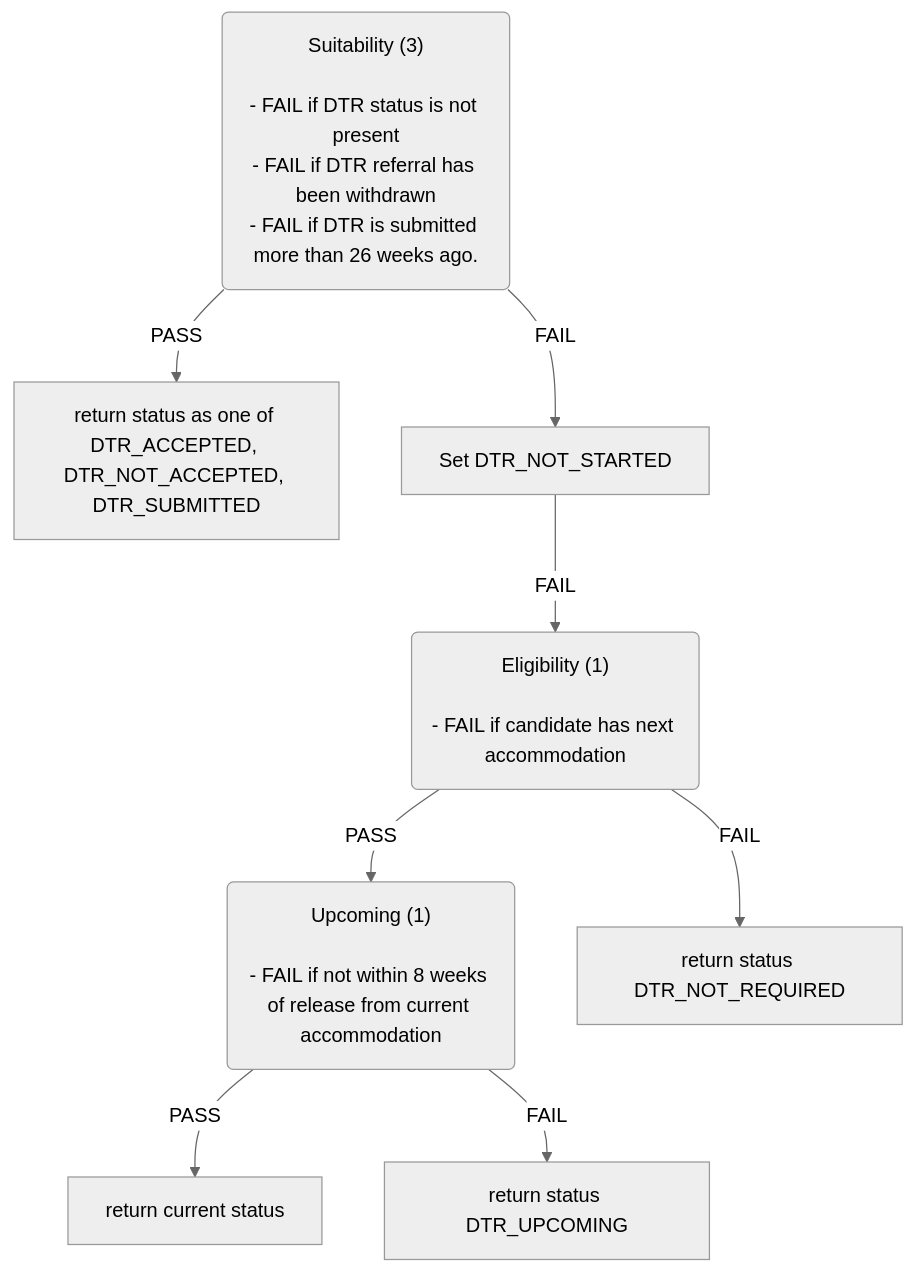
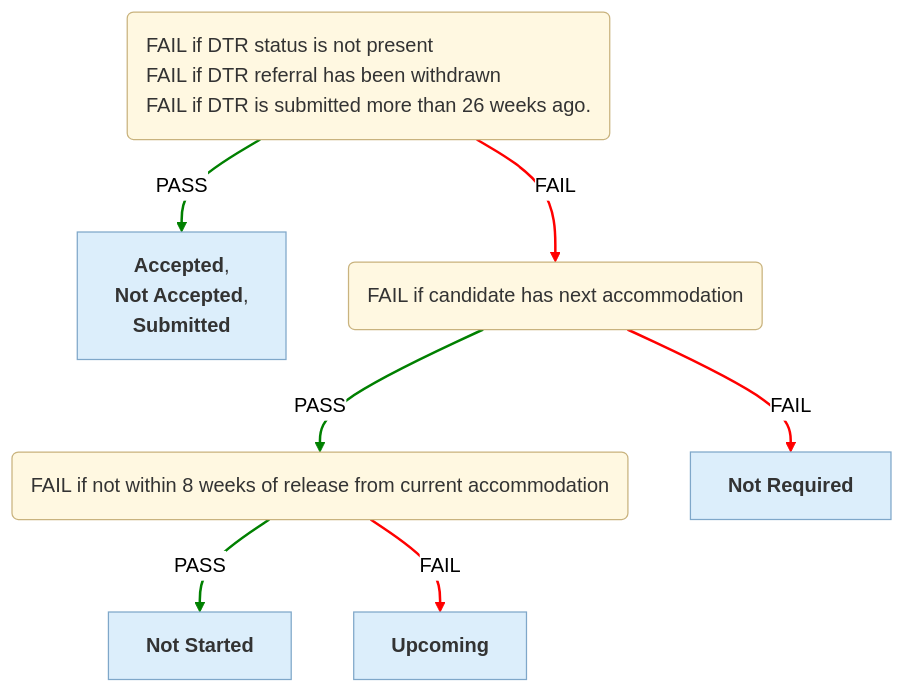
The fifth of 6 diagrams in docs/eligibility-rules-graph.md (ministryofjustice/hmpps-single-accommodation-service-api), drawn with Mermaid (neutral theme) before and after one commit. The commit also changed other lines of this file and 20 other files, not shown here.

Commit message:
chore/SAS-1532-Use-UI-statuses-in-graph-instead-of-enums

````diff
--- a/docs/eligibility-rules-graph.md
+++ b/docs/eligibility-rules-graph.md
@@ -435,26 +495,28 @@
 ```mermaid
+%%{init: {"flowchart": {"wrappingWidth": 800}}}%%
 flowchart TD
-  Suitability("Suitability (3)
-
-- FAIL if DTR status is not present
-- FAIL if DTR referral has been withdrawn
-- FAIL if DTR is submitted more than 26 weeks ago.")
-  return_status_as_one_of_DTR_ACCEPTED__DTR_NOT_ACCEPTED__DTR_SUBMITTED["return status as one of DTR_ACCEPTED, DTR_NOT_ACCEPTED, DTR_SUBMITTED"]
-  Set_DTR_NOT_STARTED["Set DTR_NOT_STARTED"]
-  Eligibility("Eligibility (1)
-
-- FAIL if candidate has next accommodation")
-  Upcoming("Upcoming (1)
-
-- FAIL if not within 8 weeks of release from current accommodation")
-  return_current_status["return current status"]
-  return_status_DTR_UPCOMING["return status DTR_UPCOMING"]
-  return_status_DTR_NOT_REQUIRED["return status DTR_NOT_REQUIRED"]
-  Suitability -->|PASS| return_status_as_one_of_DTR_ACCEPTED__DTR_NOT_ACCEPTED__DTR_SUBMITTED
-  Suitability -->|FAIL| Set_DTR_NOT_STARTED
-  Upcoming -->|PASS| return_current_status
-  Upcoming -->|FAIL| return_status_DTR_UPCOMING
+  Suitability("<div style='text-align:left'>FAIL if DTR status is not present
+FAIL if DTR referral has been withdrawn
+FAIL if DTR is submitted more than 26 weeks ago.</div>")
+  outcome_DtrCompletionContextUpdater["<b>Accepted</b>,
+ <b>Not Accepted</b>,
+ <b>Submitted</b>"]
+  Eligibility("<div style='text-align:left'>FAIL if candidate has next accommodation</div>")
+  Upcoming("<div style='text-align:left'>FAIL if not within 8 weeks of release from current accommodation</div>")
+  DTR_NOT_STARTED["<b>Not Started</b>"]
+  outcome_DtrUpcomingContextUpdater["<b>Upcoming</b>"]
+  DTR_NOT_REQUIRED["<b>Not Required</b>"]
+  Suitability -->|PASS| outcome_DtrCompletionContextUpdater
+  Upcoming -->|PASS| DTR_NOT_STARTED
+  Upcoming -->|FAIL| outcome_DtrUpcomingContextUpdater
   Eligibility -->|PASS| Upcoming
-  Eligibility -->|FAIL| return_status_DTR_NOT_REQUIRED
-  Set_DTR_NOT_STARTED -->|FAIL| Eligibility
+  Eligibility -->|FAIL| DTR_NOT_REQUIRED
+  Suitability -->|FAIL| Eligibility
+  linkStyle 0,1,3 stroke:green,stroke-width:2px
+  linkStyle 2,4,5 stroke:red,stroke-width:2px
+  classDef ruleSetNode fill:#FFF8E1,stroke:#C9B37E,color:#333
+  classDef outcomeNode fill:#DCEEFB,stroke:#7FA7C9,color:#333
+  classDef updaterNode fill:#EDE7F6,stroke:#A99BC9,color:#333
+  class Suitability,Eligibility,Upcoming ruleSetNode
+  class outcome_DtrCompletionContextUpdater,DTR_NOT_STARTED,outcome_DtrUpcomingContextUpdater,DTR_NOT_REQUIRED outcomeNode
 ```
````
